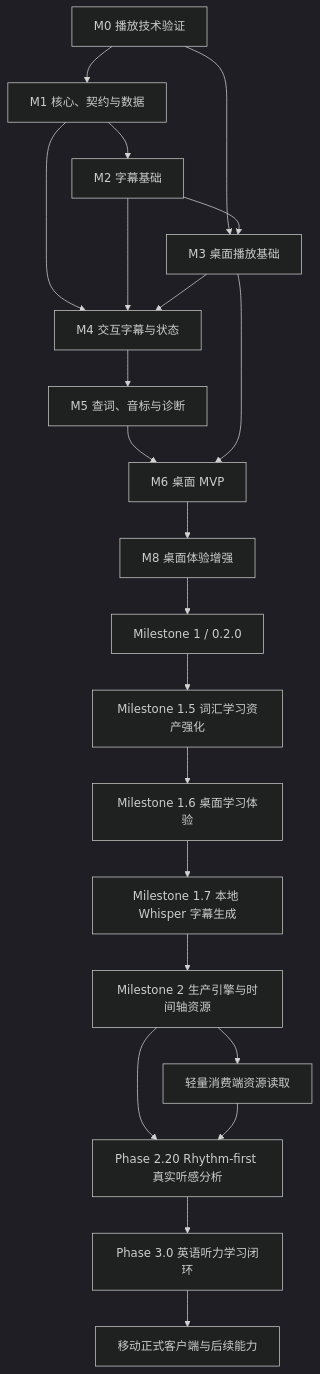
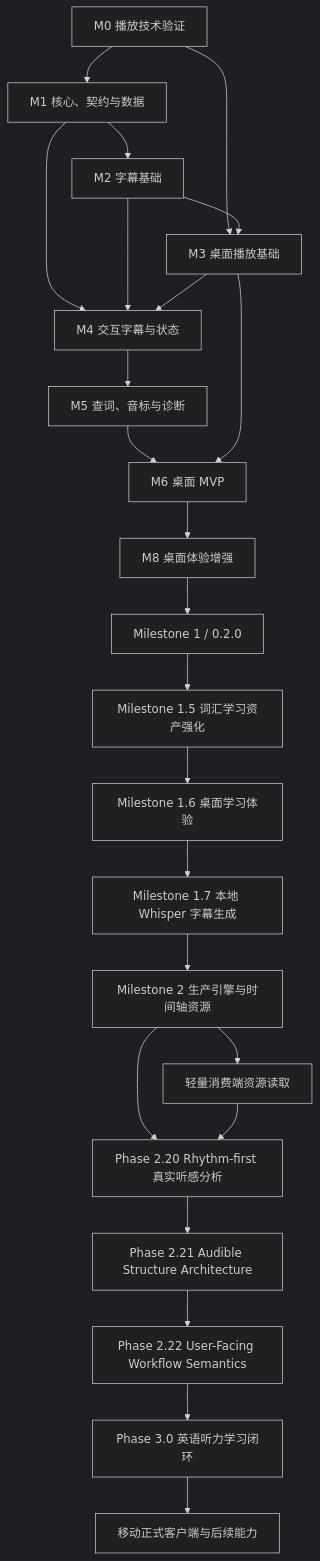
One commit to ichthyoplanktonzyh/listen changed the diagram in core/.planning/ROADMAP.md. Above: the diagram before and after it, drawn with Mermaid (dark theme). The commit also changed other lines of this file and 9 other files, not shown here.

Commit message:
docs: start phase 2.22 workflow semantics

````diff
--- a/core/.planning/ROADMAP.md
+++ b/core/.planning/ROADMAP.md
@@ -1419,24 +1463,26 @@
 ```mermaid
 flowchart TD
     M0["M0 播放技术验证"] --> M1["M1 核心、契约与数据"]
     M0 --> M3["M3 桌面播放基础"]
     M1 --> M2["M2 字幕基础"]
     M2 --> M3
     M1 --> M4["M4 交互字幕与状态"]
     M2 --> M4
     M3 --> M4
     M4 --> M5["M5 查词、音标与诊断"]
     M5 --> M6["M6 桌面 MVP"]
     M3 --> M6
     M6 --> M8["M8 桌面体验增强"]
     M8 --> MS1["Milestone 1 / 0.2.0"]
     MS1 --> M15["Milestone 1.5 词汇学习资产强化"]
     M15 --> M16["Milestone 1.6 桌面学习体验"]
     M16 --> M17["Milestone 1.7 本地 Whisper 字幕生成"]
     M17 --> M2P["Milestone 2 生产引擎与时间轴资源"]
     M2P --> M2C["轻量消费端资源读取"]
     M2P --> M2RHY["Phase 2.20 Rhythm-first 真实听感分析"]
     M2C --> M2RHY
-    M2RHY --> M30["Phase 3.0 英语听力学习闭环"]
+    M2RHY --> M221["Phase 2.21 Audible Structure Architecture"]
+    M221 --> M222["Phase 2.22 User-Facing Workflow Semantics"]
+    M222 --> M30["Phase 3.0 英语听力学习闭环"]
     M30 --> FUTURE["移动正式客户端与后续能力"]
 ```
````
